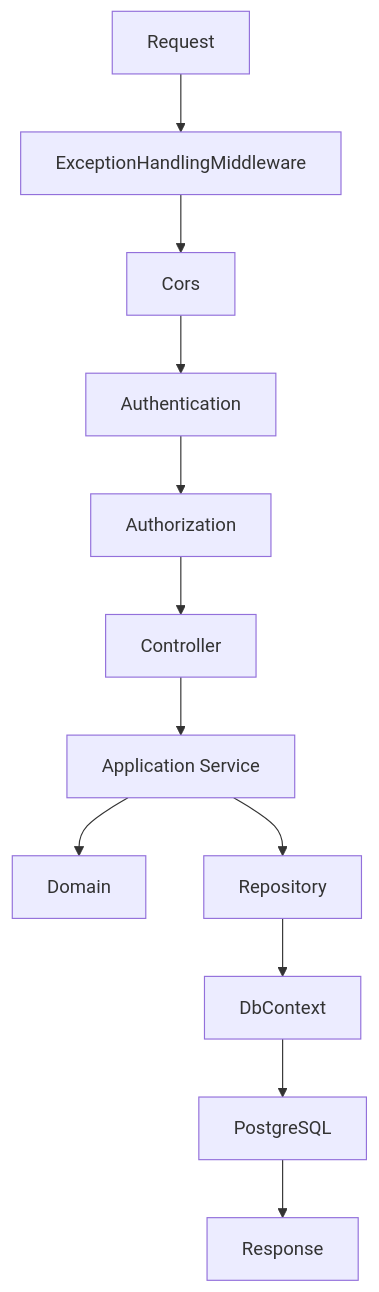
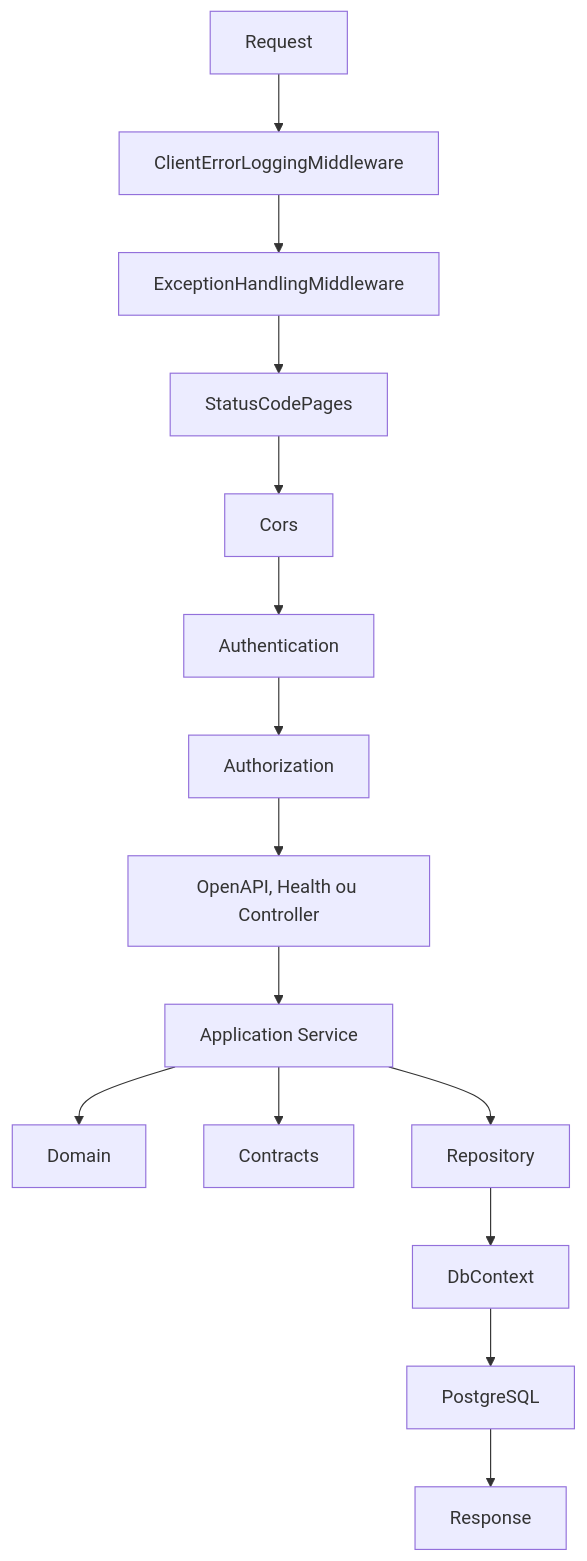
The third of 5 diagrams in docs/architecture/diagrams.md (MarinsPedro/Fiap), drawn with Mermaid before and after one commit. The commit also changed other lines of this file and 54 other files, not shown here.

````diff
--- a/docs/architecture/diagrams.md
+++ b/docs/architecture/diagrams.md
@@ -30,14 +40,17 @@
 ```mermaid
 flowchart TD
-    Request --> Exception["ExceptionHandlingMiddleware"]
-    Exception --> Cors
+    Request --> ClientLog["ClientErrorLoggingMiddleware"]
+    ClientLog --> Exception["ExceptionHandlingMiddleware"]
+    Exception --> Status["StatusCodePages"]
+    Status --> Cors
     Cors --> Authentication
     Authentication --> Authorization
-    Authorization --> Controller
-    Controller --> Service["Application Service"]
-    Service --> Domain
-    Service --> Repository
+    Authorization --> Endpoint["OpenAPI, Health ou Controller"]
+    Endpoint --> Application["Application Service"]
+    Application --> Domain
+    Application --> Contracts
+    Application --> Repository
     Repository --> DbContext
     DbContext --> PostgreSQL
     PostgreSQL --> Response
 ```
````
